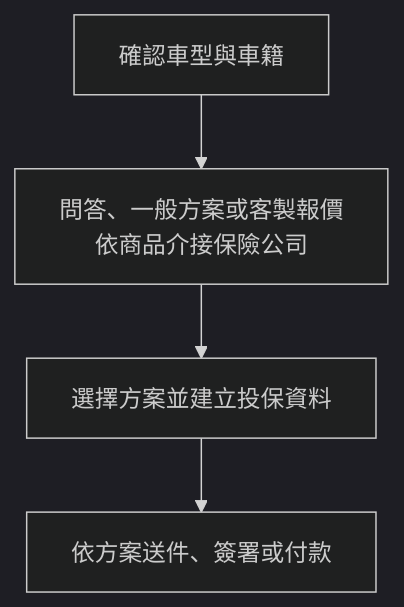
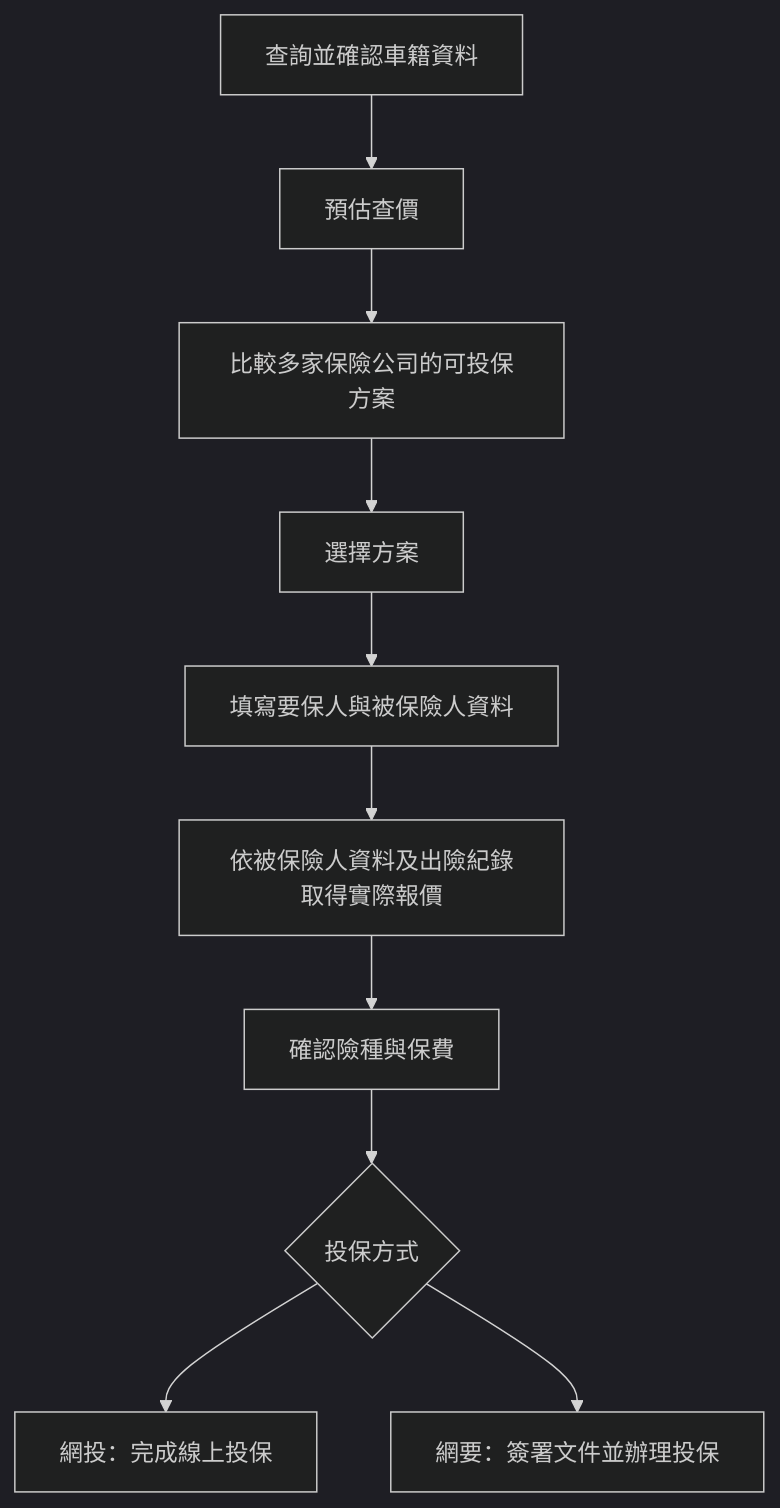
One commit to highhao/insurance-saas-platform changed the first of 3 diagrams in README.md. Above: the diagram before and after it, drawn with Mermaid (dark theme). The commit also changed other lines of this file, not shown here.

Commit message:
Clarify car insurance quotation and application paths

````diff
--- a/README.md
+++ b/README.md
@@ -13,6 +13,12 @@
 ```mermaid
 flowchart TB
-    A[確認車型與車籍] --> B[問答、一般方案或客製報價<br/>依商品介接保險公司]
-    B --> C[選擇方案並建立投保資料]
-    C --> D[依方案送件、簽署或付款]
+    A[查詢並確認車籍資料] --> B[預估查價]
+    B --> C[比較多家保險公司的可投保方案]
+    C --> D[選擇方案]
+    D --> E[填寫要保人與被保險人資料]
+    E --> F[依被保險人資料及出險紀錄取得實際報價]
+    F --> G[確認險種與保費]
+    G --> H{投保方式}
+    H --> I[網投：完成線上投保]
+    H --> J[網要：簽署文件並辦理投保]
 ```
````
